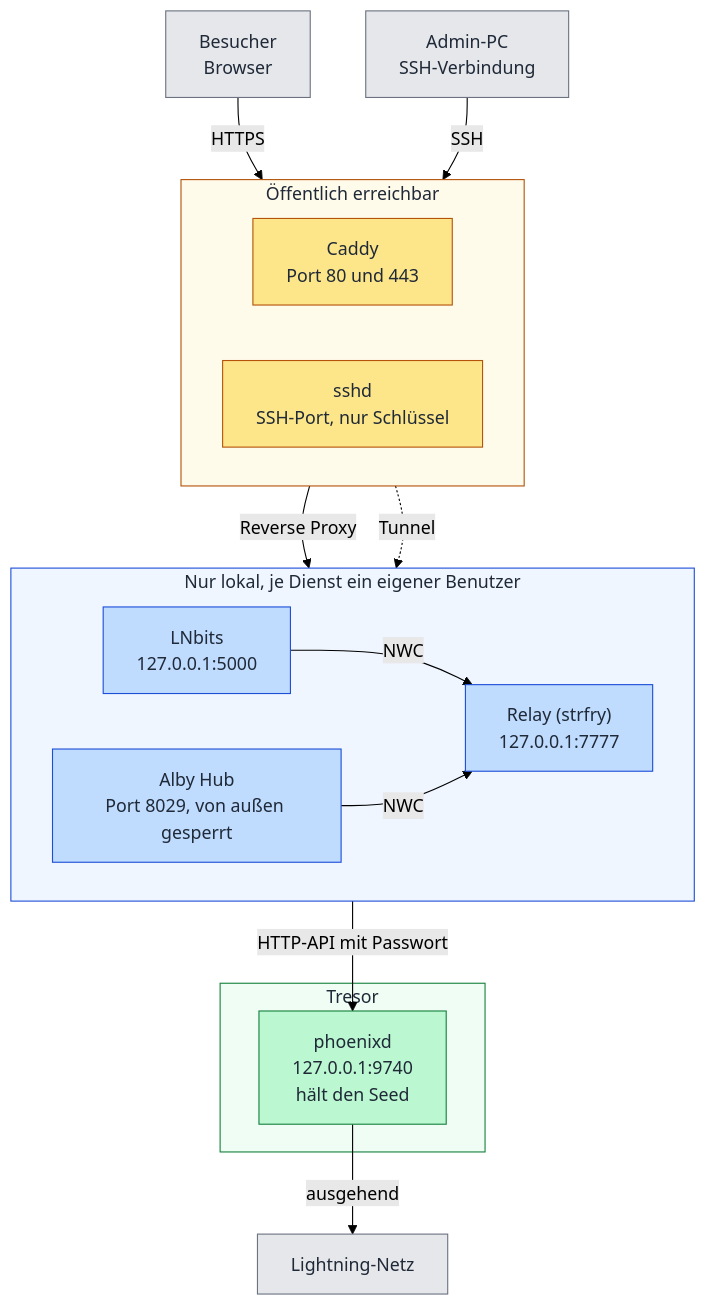
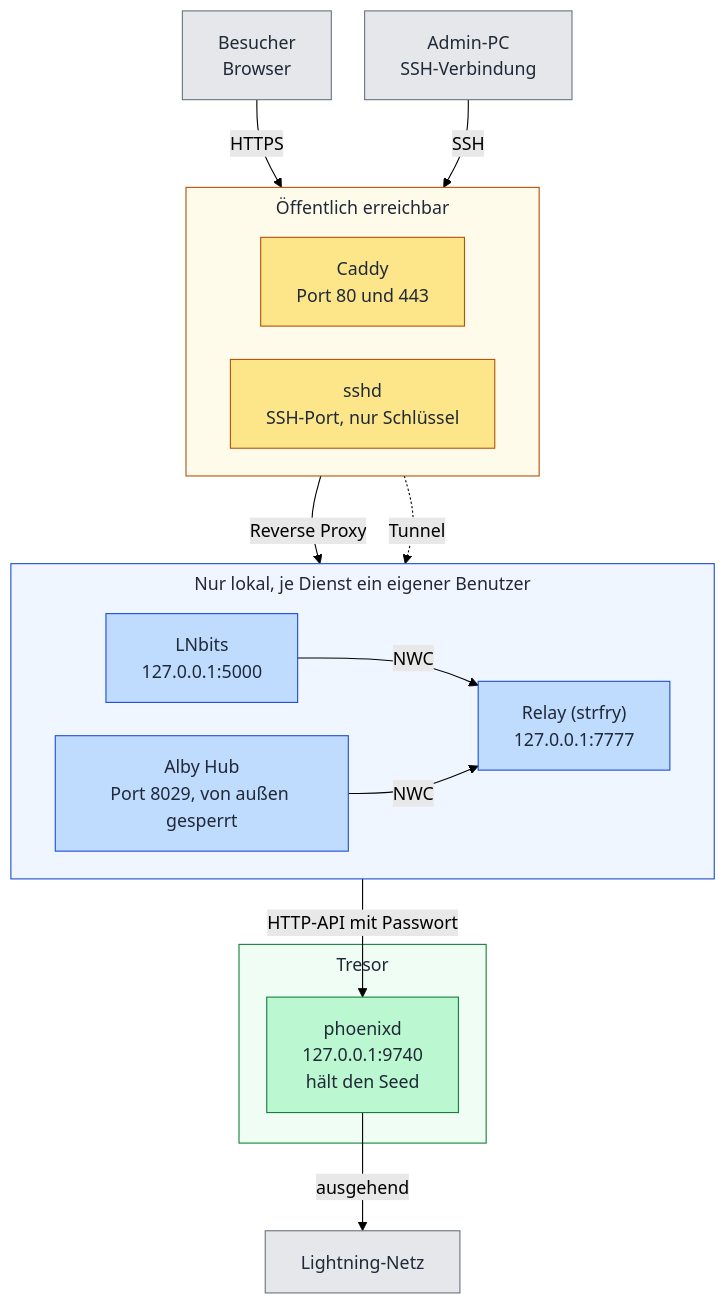
One commit to AxelHamburch/phalnx changed the first of 2 diagrams in src/content/docs/start/overview.md. Above: the diagram before and after it, drawn with Mermaid (forest theme). The commit also changed 4 other files, not shown here.

Commit message:
Docs cleanup: remove obsolete notes, add second SSH key hint, clarify sudo check, diagram padding

````diff
--- a/src/content/docs/start/overview.md
+++ b/src/content/docs/start/overview.md
@@ -11,45 +11,46 @@
 ```mermaid
+%%{init: {"flowchart": {"padding": 16, "nodeSpacing": 30, "rankSpacing": 55, "subGraphTitleMargin": {"top": 6, "bottom": 14}}}}%%
 flowchart TB
   V["Besucher<br/>Browser"]
   A["Admin-PC<br/>SSH-Verbindung"]
 
   subgraph PUB["Öffentlich erreichbar"]
     direction LR
     C["Caddy<br/>Port 80 und 443"]
     S["sshd<br/>SSH-Port, nur Schlüssel"]
   end
 
   subgraph INT["Nur lokal, je Dienst ein eigener Benutzer"]
     direction LR
     L["LNbits<br/>127.0.0.1:5000"]
     H["Alby Hub<br/>Port 8029, von außen gesperrt"]
     R["Relay (strfry)<br/>127.0.0.1:7777"]
   end
 
   subgraph SAFE["Tresor"]
     P["phoenixd<br/>127.0.0.1:9740<br/>hält den Seed"]
   end
 
   LN["Lightning-Netz"]
 
   V -->|HTTPS| C
   A -->|SSH| S
   C -->|Reverse Proxy| L
   S -.->|Tunnel| H
   L -->|NWC| R
   H -->|NWC| R
   H -->|HTTP-API mit Passwort| P
   P -->|ausgehend| LN
 
   classDef public fill:#fde68a,stroke:#b45309,color:#1f2937
   classDef internal fill:#bfdbfe,stroke:#1d4ed8,color:#1f2937
   classDef safe fill:#bbf7d0,stroke:#15803d,color:#1f2937
   classDef outside fill:#e5e7eb,stroke:#6b7280,color:#1f2937
   class C,S public
   class L,R,H internal
   class P safe
   class V,A,LN outside
   style PUB fill:#fffbeb,stroke:#b45309,color:#1f2937
   style INT fill:#eff6ff,stroke:#1d4ed8,color:#1f2937
   style SAFE fill:#f0fdf4,stroke:#15803d,color:#1f2937
 ```
````
